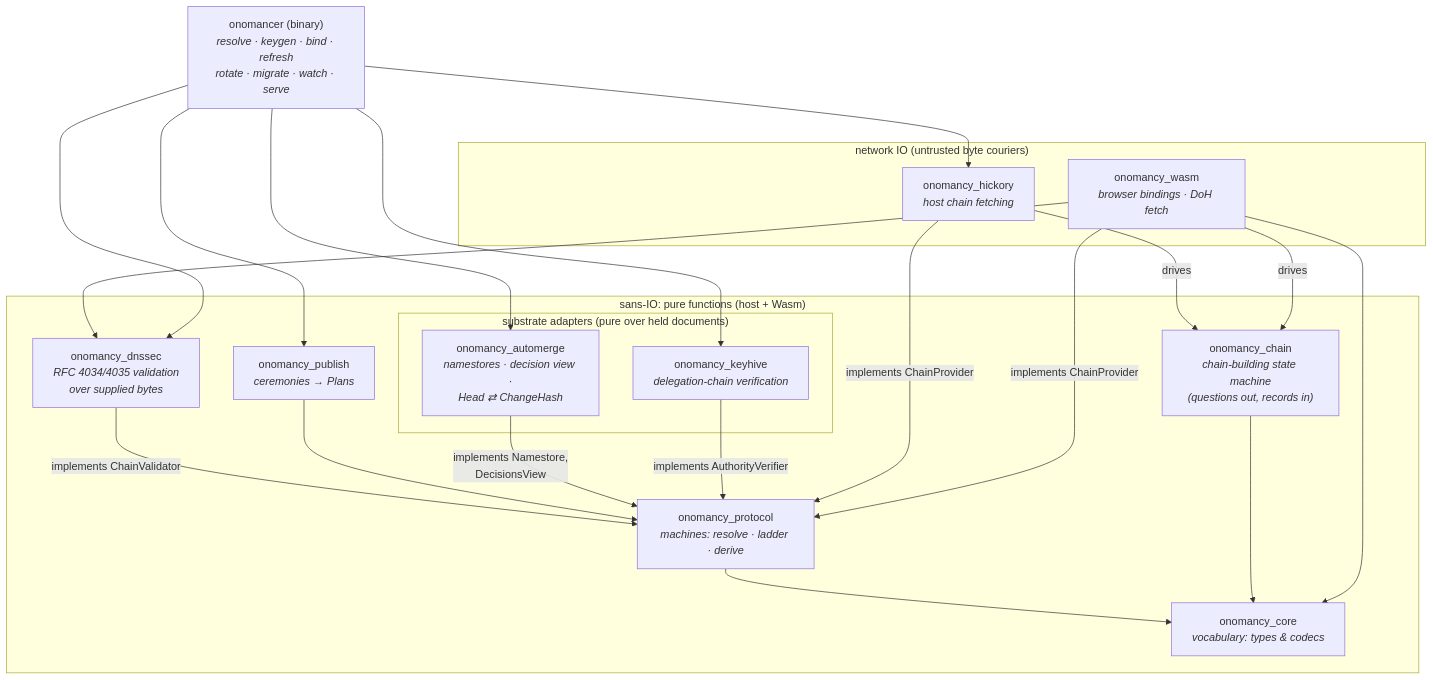
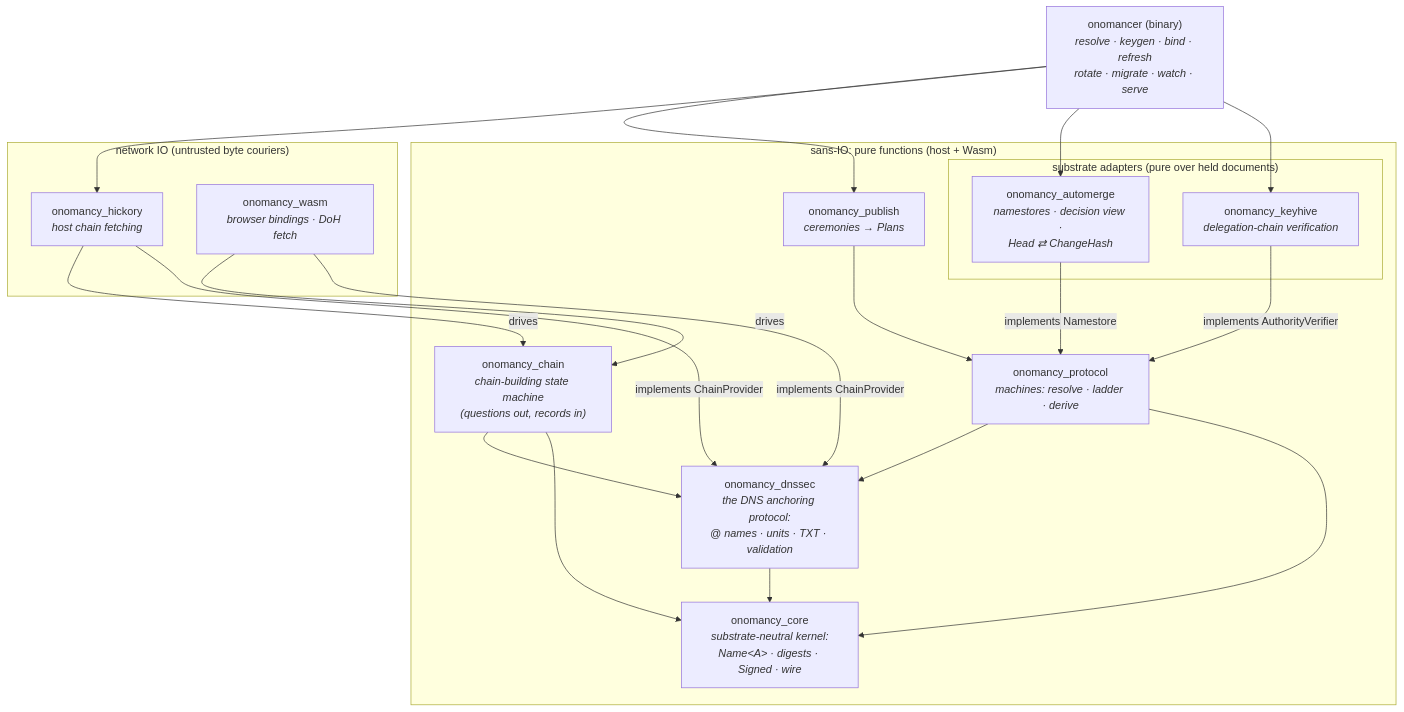
One commit to inkandswitch/onomancy changed the diagram in README.md. Above: the diagram before and after it, drawn with Mermaid. The commit also changed other lines of this file and 1 other file, not shown here.

Commit message:
Document the new architecture
README dependency graph reflects the inverted DAG; GUIDANCE gains
the extension model: typed below the parse boundary, closed sum at
it; compose at seams; new machines for new substrates; policy as
data; closed sums where consensus lives.

````diff
--- a/README.md
+++ b/README.md
@@ -45,40 +45,39 @@
 ```mermaid
 graph TD
     subgraph pure ["sans-IO: pure functions (host + Wasm)"]
-        core["onomancy_core<br/><i>vocabulary: types & codecs</i>"]
+        core["onomancy_core<br/><i>substrate-neutral kernel:<br/>Name&lt;A&gt; · digests · Signed · wire</i>"]
+        dnssec["onomancy_dnssec<br/><i>the DNS anchoring protocol:<br/>@ names · units · TXT · validation</i>"]
         proto["onomancy_protocol<br/><i>machines: resolve · ladder · derive</i>"]
-        dnssec["onomancy_dnssec<br/><i>RFC 4034/4035 validation<br/>over supplied bytes</i>"]
         chain["onomancy_chain<br/><i>chain-building state machine<br/>(questions out, records in)</i>"]
         publish["onomancy_publish<br/><i>ceremonies → Plans</i>"]
 
         subgraph adapters ["substrate adapters (pure over held documents)"]
             automerge["onomancy_automerge<br/><i>namestores · decision view ·<br/>Head ⇄ ChangeHash</i>"]
             keyhive["onomancy_keyhive<br/><i>delegation-chain verification</i>"]
         end
     end
 
     subgraph network ["network IO (untrusted byte couriers)"]
         hickory["onomancy_hickory<br/><i>host chain fetching</i>"]
         wasm["onomancy_wasm<br/><i>browser bindings · DoH fetch</i>"]
     end
 
     onomancer["onomancer (binary)<br/><i>resolve · keygen · bind · refresh<br/>rotate · migrate · watch · serve</i>"]
 
+    dnssec --> core
+    proto --> dnssec
     proto --> core
-    dnssec -- "implements ChainValidator" --> proto
+    chain --> dnssec
     chain --> core
     hickory -- "drives" --> chain
     wasm -- "drives" --> chain
-    wasm --> dnssec
     publish --> proto
-    automerge -- "implements Namestore,<br/>DecisionsView" --> proto
+    automerge -- "implements Namestore" --> proto
     keyhive -- "implements AuthorityVerifier" --> proto
-    hickory -- "implements ChainProvider" --> proto
-    wasm --> core
-    wasm -- "implements ChainProvider" --> proto
+    hickory -- "implements ChainProvider" --> dnssec
+    wasm -- "implements ChainProvider" --> dnssec
     onomancer --> publish
-    onomancer --> dnssec
     onomancer --> hickory
     onomancer --> automerge
     onomancer --> keyhive
 ```
````
